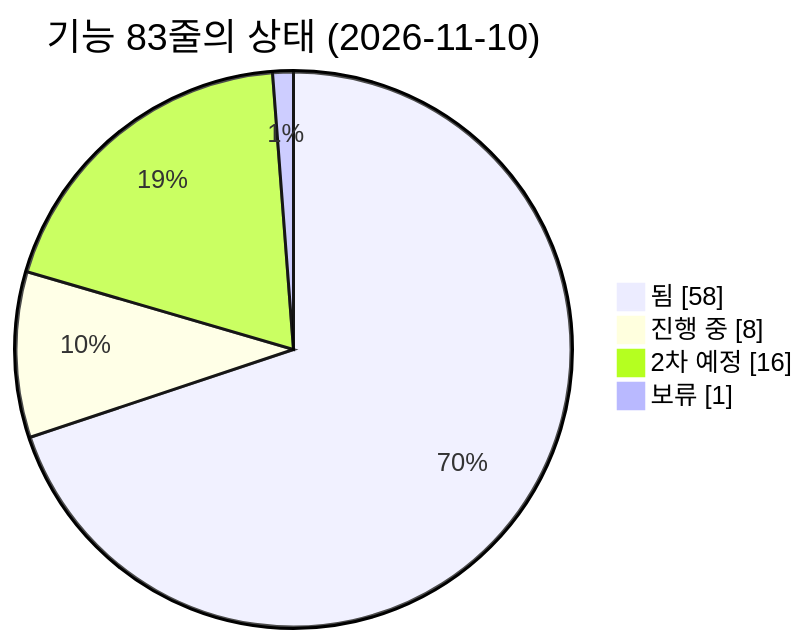
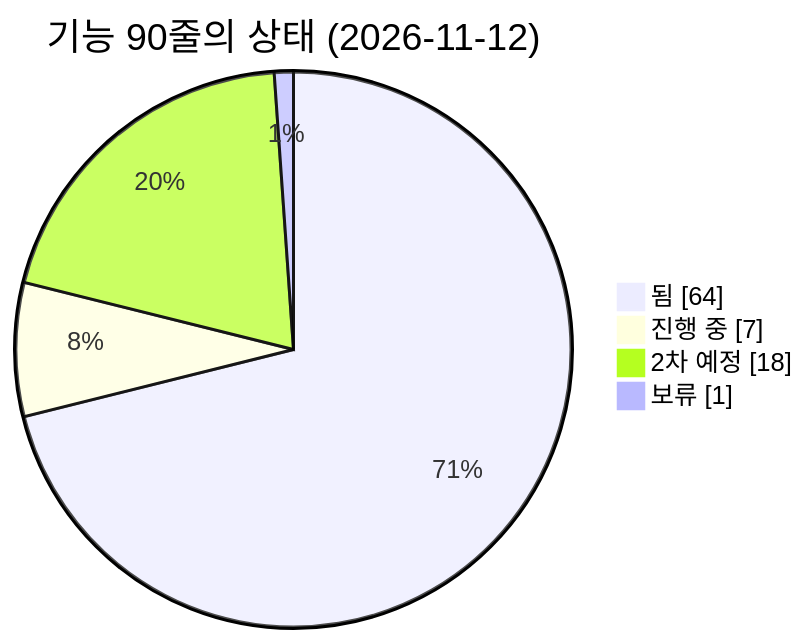
The first of 4 diagrams in docs/map/feature-map.md (agent-ddalgi-team/final-geosan), drawn with Mermaid before and after one commit. The commit also changed other lines of this file and 5 other files, not shown here.

````diff
--- a/docs/map/feature-map.md
+++ b/docs/map/feature-map.md
@@ -31,8 +31,8 @@
 ```mermaid
 pie showData
-    title 기능 83줄의 상태 (2026-11-10)
-    "됨" : 58
-    "진행 중" : 8
-    "2차 예정" : 16
+    title 기능 90줄의 상태 (2026-11-12)
+    "됨" : 64
+    "진행 중" : 7
+    "2차 예정" : 18
     "보류" : 1
 ```
````
